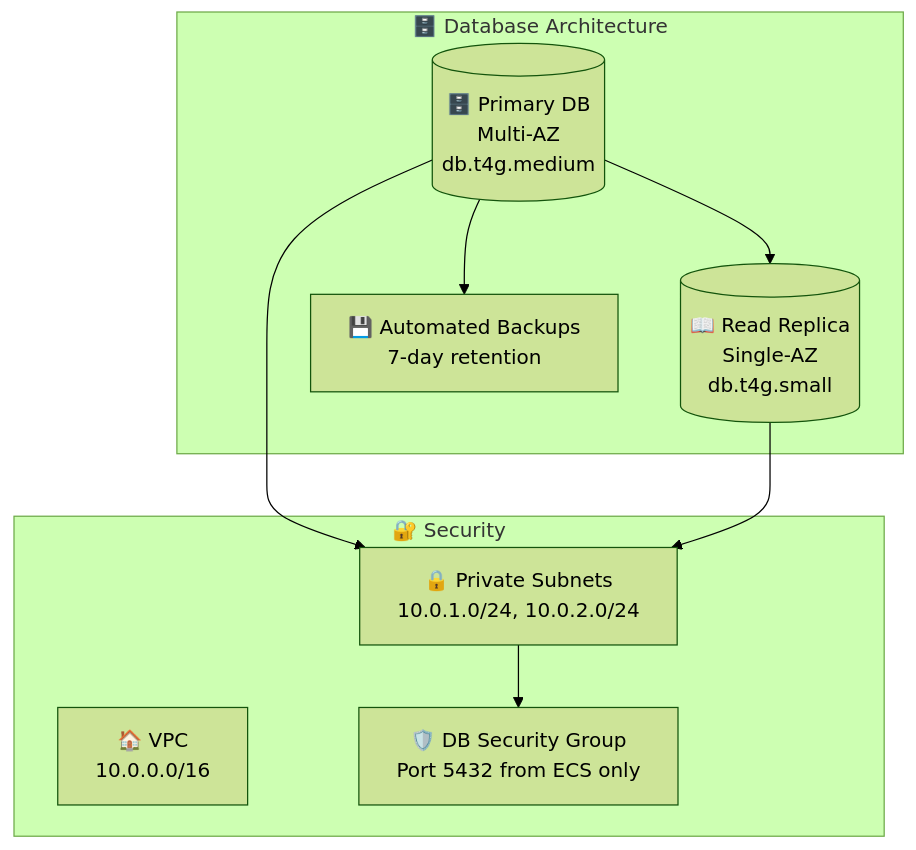
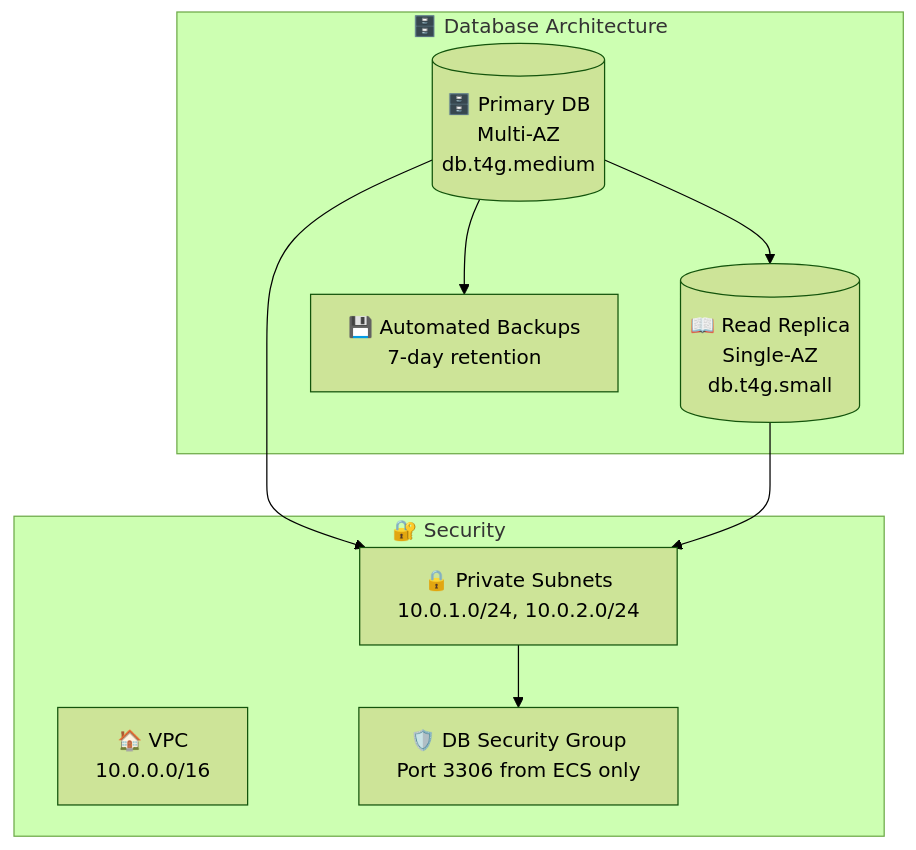
The sixth of 6 diagrams in DOCKER_AWS_README.md (d01ki/FE-master), drawn with Mermaid (forest theme) before and after one commit. The commit also changed other lines of this file and 9 other files, not shown here.

````diff
--- a/DOCKER_AWS_README.md
+++ b/DOCKER_AWS_README.md
@@ -355,20 +355,20 @@
 ```mermaid
 graph TB
     subgraph "🗄️ Database Architecture"
         Primary[(🗄️ Primary DB<br/>Multi-AZ<br/>db.t4g.medium)]
         Replica[(📖 Read Replica<br/>Single-AZ<br/>db.t4g.small)]
         Backup[💾 Automated Backups<br/>7-day retention]
     end
     
     subgraph "🔐 Security"
         VPC[🏠 VPC<br/>10.0.0.0/16]
         PrivateSubnet[🔒 Private Subnets<br/>10.0.1.0/24, 10.0.2.0/24]
-        SecurityGroup[🛡️ DB Security Group<br/>Port 5432 from ECS only]
+        SecurityGroup[🛡️ DB Security Group<br/>Port 3306 from ECS only]
     end
     
     Primary --> Replica
     Primary --> Backup
     Primary --> PrivateSubnet
     Replica --> PrivateSubnet
     PrivateSubnet --> SecurityGroup
 ```
````
